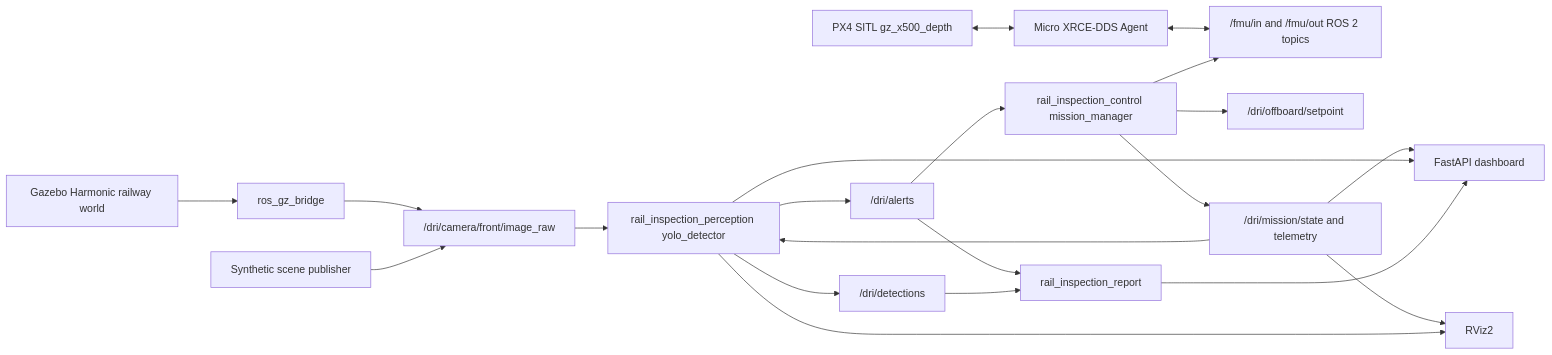
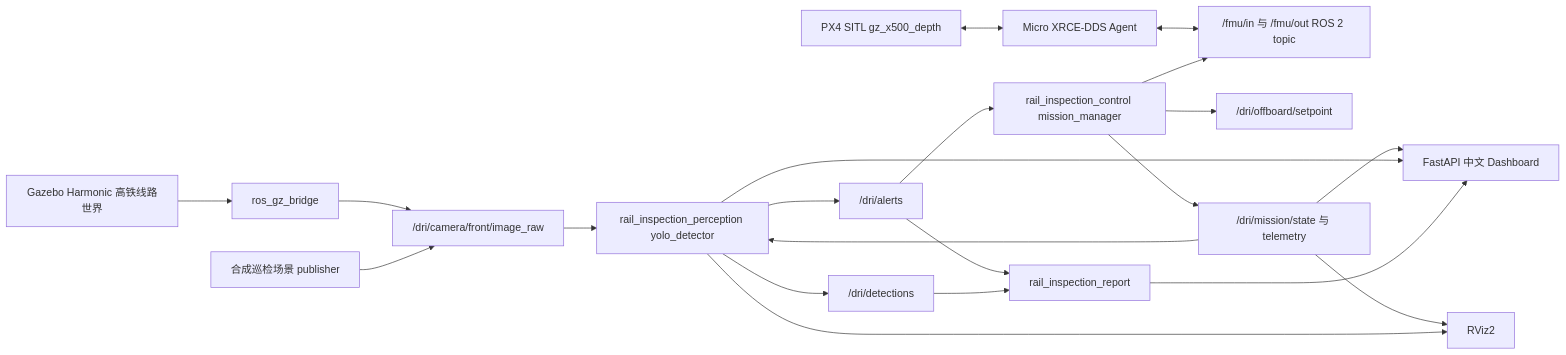
The diagram in docs/ARCHITECTURE.md (evanor05/rail-drone-inspection-sim), drawn with Mermaid before and after one commit. The commit also changed other lines of this file and 2 other files, not shown here.

Commit message:
Document architecture and acceptance matrix

````diff
--- a/docs/ARCHITECTURE.md
+++ b/docs/ARCHITECTURE.md
@@ -3,23 +3,23 @@
 ```mermaid
 flowchart LR
-  Gazebo["Gazebo Harmonic railway world"] --> Bridge["ros_gz_bridge"]
+  Gazebo["Gazebo Harmonic 高铁线路世界"] --> Bridge["ros_gz_bridge"]
   PX4["PX4 SITL gz_x500_depth"] <--> XRCE["Micro XRCE-DDS Agent"]
-  XRCE <--> ROSPX4["/fmu/in and /fmu/out ROS 2 topics"]
+  XRCE <--> ROSPX4["/fmu/in 与 /fmu/out ROS 2 topic"]
   Bridge --> Camera["/dri/camera/front/image_raw"]
-  Synthetic["Synthetic scene publisher"] --> Camera
+  Synthetic["合成巡检场景 publisher"] --> Camera
   Mission["rail_inspection_control mission_manager"] --> Setpoint["/dri/offboard/setpoint"]
   Mission --> ROSPX4
-  Mission --> State["/dri/mission/state and telemetry"]
+  Mission --> State["/dri/mission/state 与 telemetry"]
   Camera --> YOLO["rail_inspection_perception yolo_detector"]
   State --> YOLO
   YOLO --> Detections["/dri/detections"]
   YOLO --> Alerts["/dri/alerts"]
   Alerts --> Mission
   Alerts --> Report["rail_inspection_report"]
   Detections --> Report
-  State --> Dashboard["FastAPI dashboard"]
+  State --> Dashboard["FastAPI 中文 Dashboard"]
   YOLO --> Dashboard
   Report --> Dashboard
   State --> RViz["RViz2"]
   YOLO --> RViz
 ```
````
